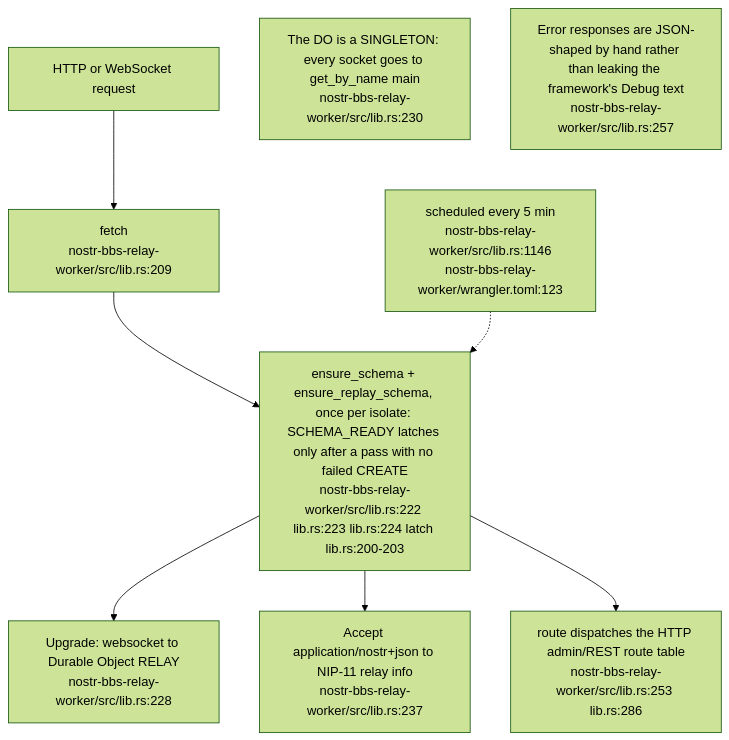
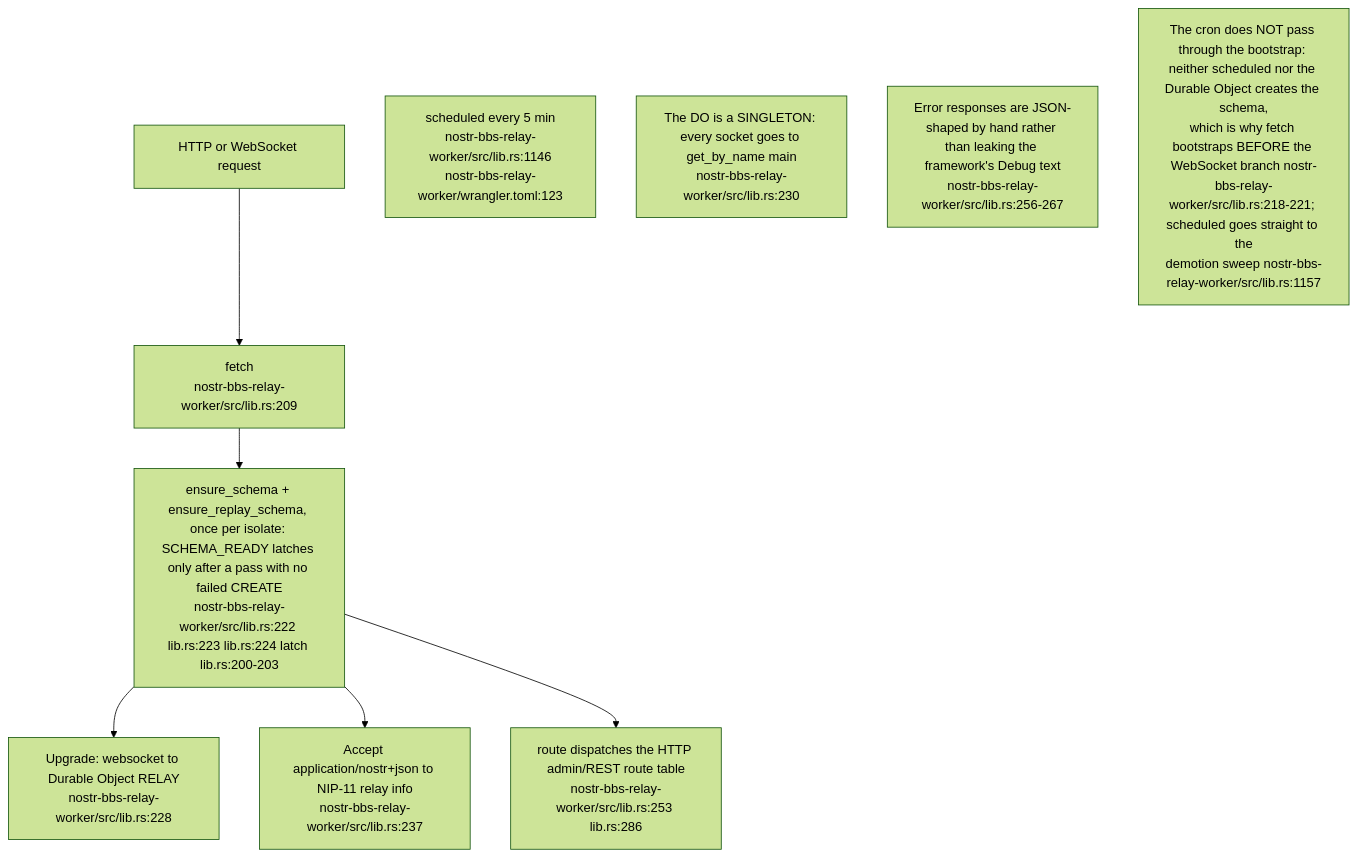
One commit to DreamLab-AI/VisionFlow changed the first of 14 diagrams in docs/diagrams/nostr-rust-forum/03-relay-worker-admission-auth-and-trust.md. Above: the diagram before and after it, drawn with Mermaid (forest theme). The commit also changed other lines of this file and 91 other files, not shown here.

````diff
--- a/docs/diagrams/nostr-rust-forum/03-relay-worker-admission-auth-and-trust.md
+++ b/docs/diagrams/nostr-rust-forum/03-relay-worker-admission-auth-and-trust.md
@@ -31,19 +31,19 @@
 ```mermaid
 flowchart TB
     REQ["HTTP or WebSocket request"]
     F["fetch<br/>nostr-bbs-relay-worker/src/lib.rs:209"]
     BOOT["ensure_schema + ensure_replay_schema, once per isolate: SCHEMA_READY latches only after a pass with no failed CREATE<br/>nostr-bbs-relay-worker/src/lib.rs:222 lib.rs:223 lib.rs:224 latch lib.rs:200-203"]
     WS["Upgrade: websocket to Durable Object RELAY<br/>nostr-bbs-relay-worker/src/lib.rs:228"]
     N11["Accept application/nostr+json to NIP-11 relay info<br/>nostr-bbs-relay-worker/src/lib.rs:237"]
     RT["route dispatches the HTTP admin/REST route table<br/>nostr-bbs-relay-worker/src/lib.rs:253 lib.rs:286"]
     CRON["scheduled every 5 min<br/>nostr-bbs-relay-worker/src/lib.rs:1146<br/>nostr-bbs-relay-worker/wrangler.toml:123"]
 
     REQ --> F --> BOOT
     BOOT --> WS
     BOOT --> N11
     BOOT --> RT
-    CRON -.-> BOOT
 
     N1["The DO is a SINGLETON: every socket goes to get_by_name main<br/>nostr-bbs-relay-worker/src/lib.rs:230"]
-    N2["Error responses are JSON-shaped by hand rather than leaking the framework's Debug text<br/>nostr-bbs-relay-worker/src/lib.rs:257"]
+    N2["Error responses are JSON-shaped by hand rather than leaking the framework's Debug text<br/>nostr-bbs-relay-worker/src/lib.rs:256-267"]
+    N3["The cron does NOT pass through the bootstrap: neither scheduled nor the Durable Object creates the schema,<br/>which is why fetch bootstraps BEFORE the WebSocket branch nostr-bbs-relay-worker/src/lib.rs:218-221; scheduled goes straight to the<br/>demotion sweep nostr-bbs-relay-worker/src/lib.rs:1157"]
 ```
````
